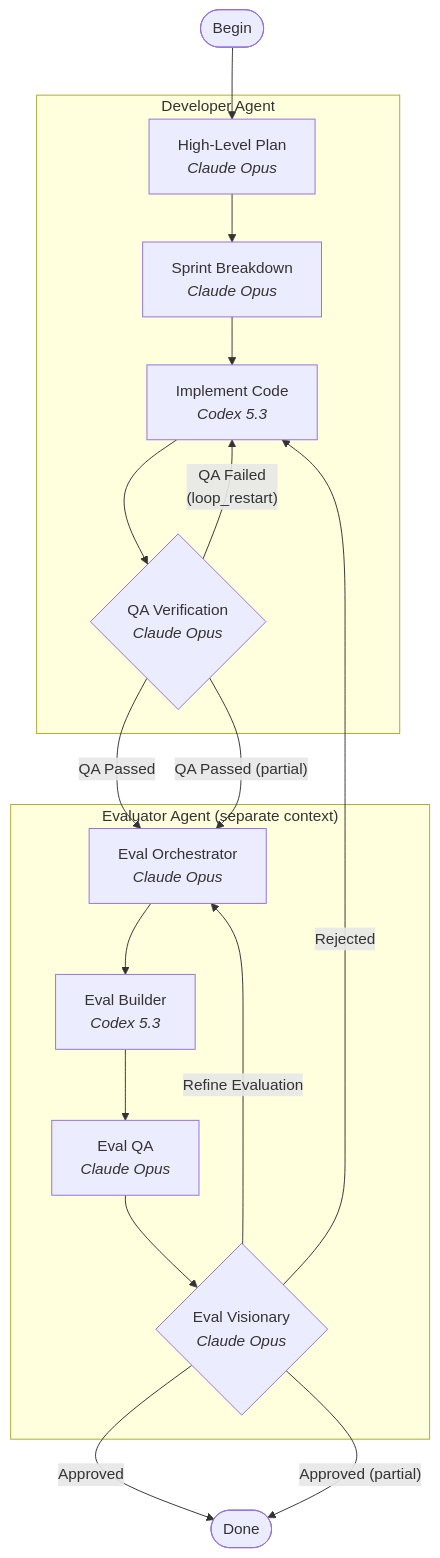
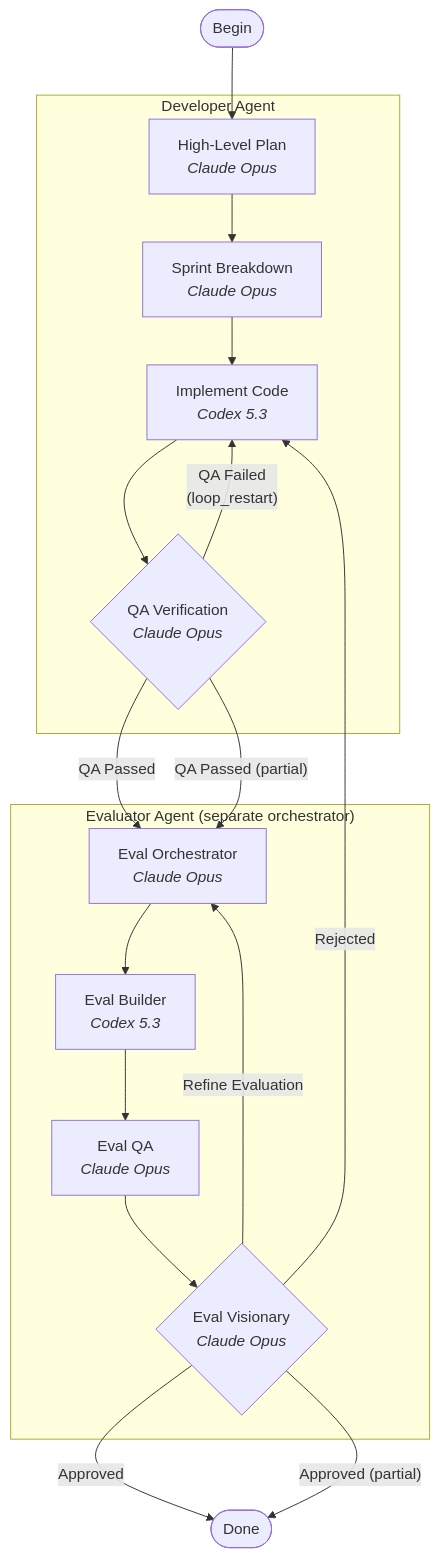
Before and after one commit to bencivjan/attractor-go: the first of 2 diagrams in README.md, drawn with Mermaid.

Commit message:
Fix evaluator subgraph label to match factory.dot
The mermaid diagram said "separate context" but factory.dot says
"separate orchestrator". Aligning to the dot file source of truth.

````diff
--- a/README.md
+++ b/README.md
@@ -90,38 +90,38 @@
 ```mermaid
 flowchart TD
     start(["Begin"])
 
     subgraph developer ["Developer Agent"]
         plan["High-Level Plan\n<i>Claude Opus</i>"]
         sprints["Sprint Breakdown\n<i>Claude Opus</i>"]
         impl["Implement Code\n<i>Codex 5.3</i>"]
         qa{"QA Verification\n<i>Claude Opus</i>"}
     end
 
-    subgraph evaluator ["Evaluator Agent (separate context)"]
+    subgraph evaluator ["Evaluator Agent (separate orchestrator)"]
         orch["Eval Orchestrator\n<i>Claude Opus</i>"]
         builder["Eval Builder\n<i>Codex 5.3</i>"]
         evalqa["Eval QA\n<i>Claude Opus</i>"]
         visionary{"Eval Visionary\n<i>Claude Opus</i>"}
     end
 
     done(["Done"])
 
     start --> plan
     plan --> sprints
     sprints --> impl
     impl --> qa
 
     qa -- "QA Passed" --> orch
     qa -- "QA Passed (partial)" --> orch
     qa -- "QA Failed\n(loop_restart)" --> impl
 
     orch --> builder
     builder --> evalqa
     evalqa --> visionary
 
     visionary -- "Approved" --> done
     visionary -- "Approved (partial)" --> done
     visionary -- "Refine Evaluation" --> orch
     visionary -- "Rejected" --> impl
 ```
````
